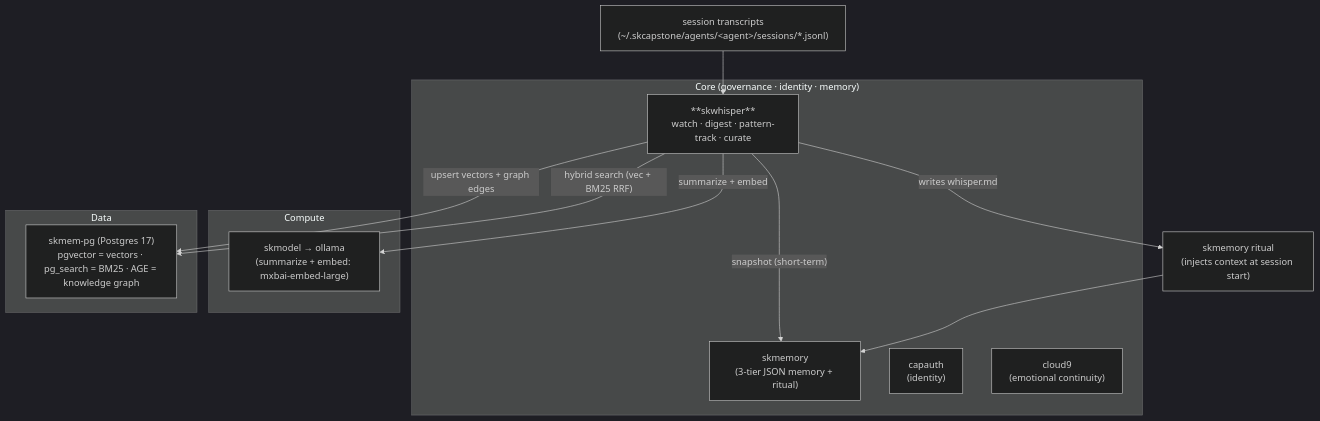
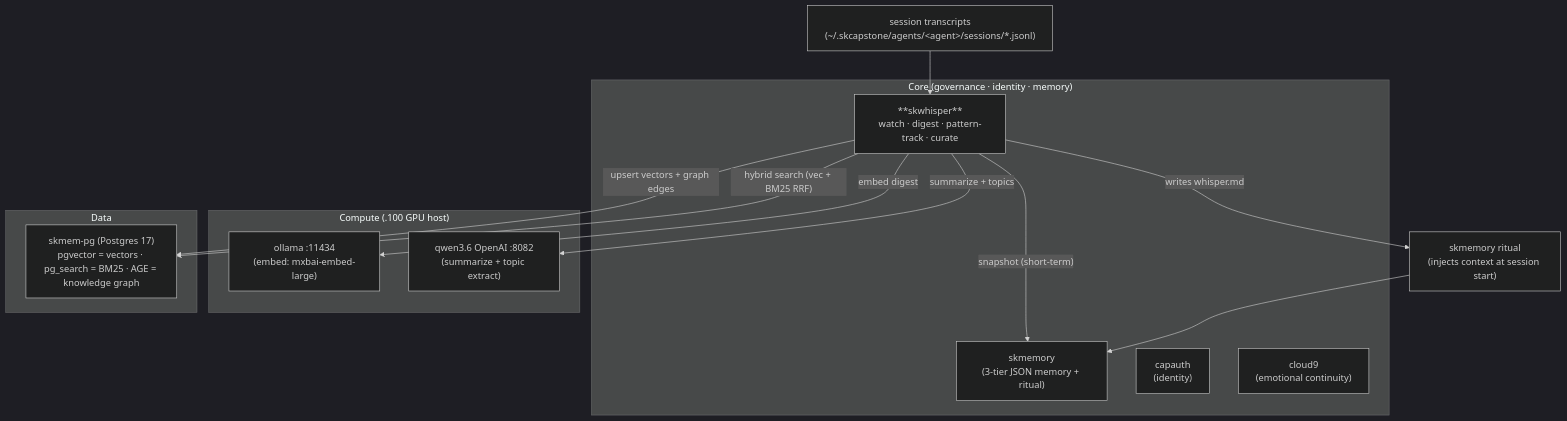
One commit to smilinTux/skwhisper changed the second of 2 diagrams in README.md. Above: the diagram before and after it, drawn with Mermaid (dark theme). The commit also changed other lines of this file and 13 other files, not shown here.

First line of the commit message:
digest: harden SessionEnd hook + route summarize to qwen3.6 (.100:8082)

````diff
--- a/README.md
+++ b/README.md
@@ -80,22 +80,24 @@
 ```mermaid
 flowchart TD
     SESS["session transcripts<br/>(~/.skcapstone/agents/&lt;agent&gt;/sessions/*.jsonl)"] --> SKW
     subgraph CORE["Core (governance · identity · memory)"]
       SKW["**skwhisper**<br/>watch · digest · pattern-track · curate"]
       SKMEMORY["skmemory<br/>(3-tier JSON memory + ritual)"]
       CAPAUTH["capauth<br/>(identity)"]
       CLOUD9["cloud9<br/>(emotional continuity)"]
     end
-    subgraph COMPUTE["Compute"]
-      SKMODEL["skmodel → ollama<br/>(summarize + embed: mxbai-embed-large)"]
+    subgraph COMPUTE["Compute (.100 GPU host)"]
+      EMBED["ollama :11434<br/>(embed: mxbai-embed-large)"]
+      SUMM["qwen3.6 OpenAI :8082<br/>(summarize + topic extract)"]
     end
     subgraph DATA["Data"]
       SKMEMPG["skmem-pg (Postgres 17)<br/>pgvector = vectors · pg_search = BM25 · AGE = knowledge graph"]
     end
-    SKW -->|"summarize + embed"| SKMODEL
+    SKW -->|"embed digest"| EMBED
+    SKW -->|"summarize + topics"| SUMM
     SKW -->|"snapshot (short-term)"| SKMEMORY
     SKW -->|"upsert vectors + graph edges"| SKMEMPG
     SKW -->|"hybrid search (vec + BM25 RRF)"| SKMEMPG
     SKW -->|"writes whisper.md"| RITUAL["skmemory ritual<br/>(injects context at session start)"]
     RITUAL --> SKMEMORY
 ```
````
